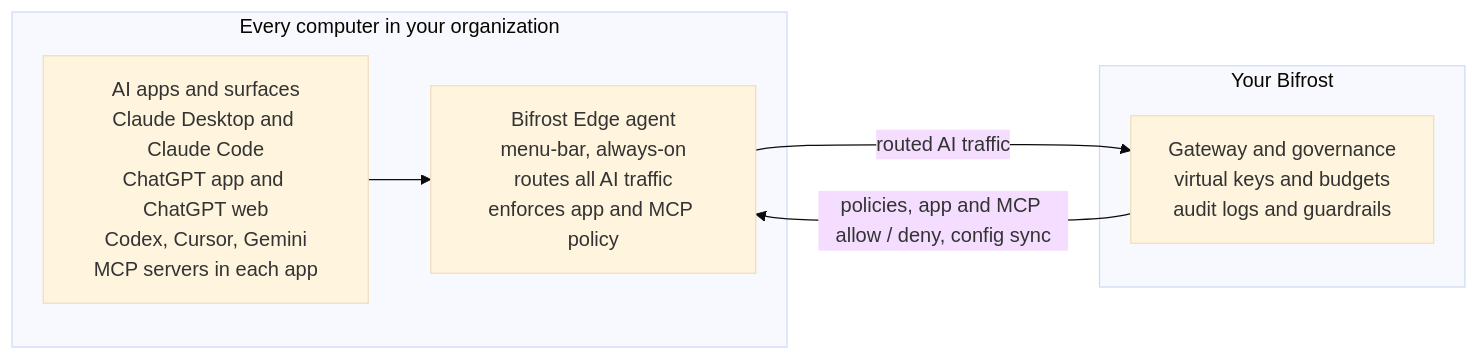
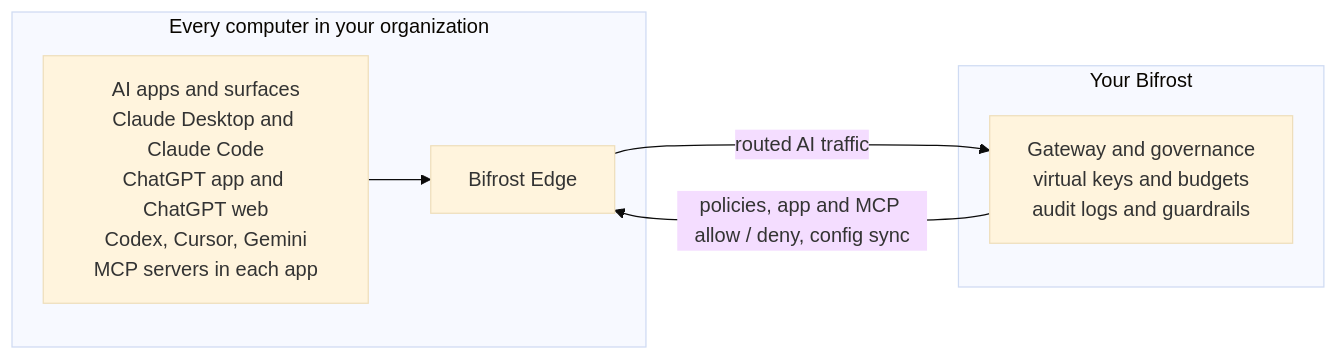
The diagram in docs/edge/overview.mdx (viasoftkorp/bifrost), drawn with Mermaid (base theme) before and after one commit. The commit also changed other lines of this file and 7 other files, not shown here.

````diff
--- a/docs/edge/overview.mdx
+++ b/docs/edge/overview.mdx
@@ -29,15 +33,15 @@
 ```mermaid
 flowchart LR
     subgraph Laptop["Every computer in your organization"]
         Apps["AI apps and surfaces<br/>Claude Desktop and Claude Code<br/>ChatGPT app and ChatGPT web<br/>Codex, Cursor, Gemini<br/>MCP servers in each app"]
-        Edge["Bifrost Edge agent<br/>menu-bar, always-on<br/>routes all AI traffic<br/>enforces app and MCP policy"]
+        Edge["Bifrost Edge"]
         Apps --> Edge
     end
 
     subgraph Company["Your Bifrost"]
         GW["Gateway and governance<br/>virtual keys and budgets<br/>audit logs and guardrails"]
     end
 
     Edge -- "routed AI traffic" --> GW
     GW -- "policies, app and MCP allow / deny, config sync" --> Edge
 ```
````
